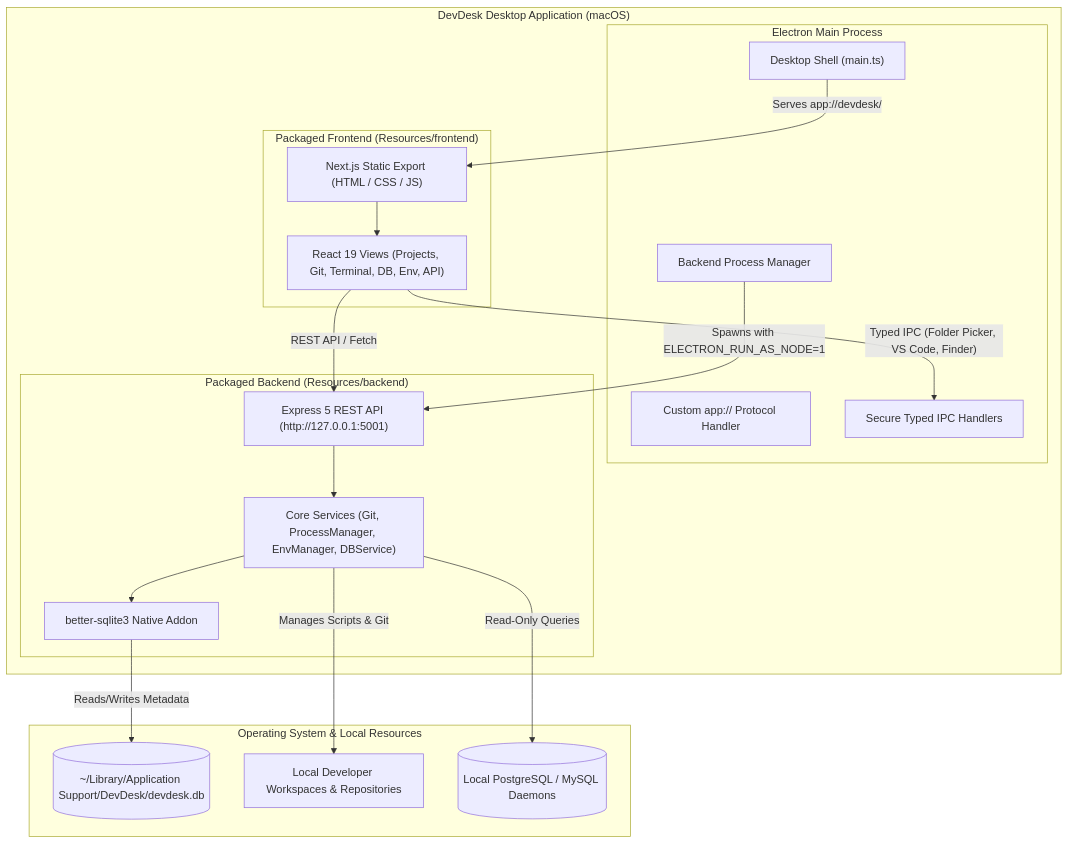
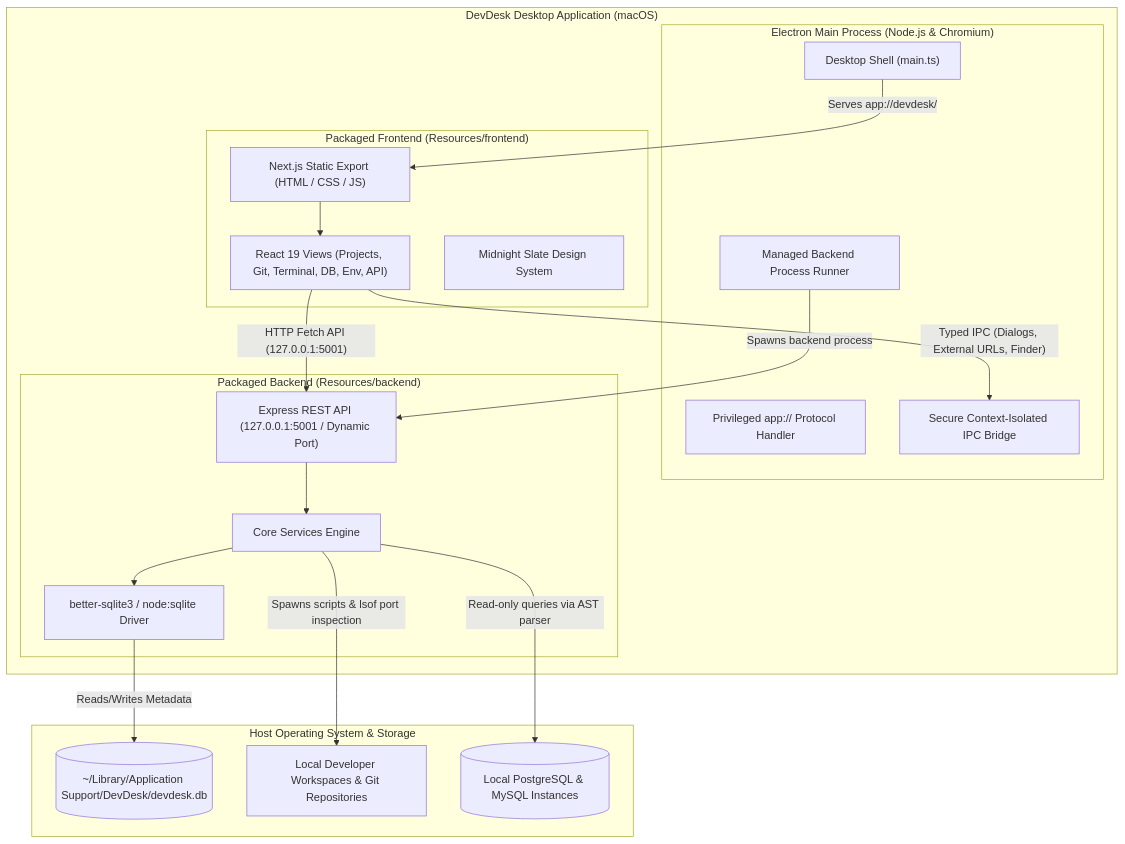
The diagram in README.md (MAYANKSHARMA01010/DevDesk), drawn with Mermaid before and after one commit. The commit also changed other lines of this file and 9 other files, not shown here.

````diff
--- a/README.md
+++ b/README.md
@@ -110,39 +124,40 @@
 ```mermaid
 flowchart TB
     subgraph DesktopApp ["DevDesk Desktop Application (macOS)"]
-        subgraph ElectronMain ["Electron Main Process"]
+        subgraph ElectronMain ["Electron Main Process (Node.js & Chromium)"]
             Shell["Desktop Shell (main.ts)"]
-            Protocol["Custom app:// Protocol Handler"]
-            IPC["Secure Typed IPC Handlers"]
-            Lifecycle["Backend Process Manager"]
+            Protocol["Privileged app:// Protocol Handler"]
+            IPC["Secure Context-Isolated IPC Bridge"]
+            Lifecycle["Managed Backend Process Runner"]
         end
 
         subgraph PackagedFrontend ["Packaged Frontend (Resources/frontend)"]
             StaticExport["Next.js Static Export (HTML / CSS / JS)"]
             UI["React 19 Views (Projects, Git, Terminal, DB, Env, API)"]
+            Theme["Midnight Slate Design System"]
         end
 
         subgraph PackagedBackend ["Packaged Backend (Resources/backend)"]
-            Express["Express 5 REST API (http://127.0.0.1:5001)"]
-            Services["Core Services (Git, ProcessManager, EnvManager, DBService)"]
-            SQLiteDriver["better-sqlite3 Native Addon"]
+            Express["Express REST API (127.0.0.1:5001 / Dynamic Port)"]
+            Services["Core Services Engine"]
+            SQLiteDriver["better-sqlite3 / node:sqlite Driver"]
         end
     end
 
-    subgraph OS ["Operating System & Local Resources"]
+    subgraph OS ["Host Operating System & Storage"]
         AppData[("~/Library/Application Support/DevDesk/devdesk.db")]
-        ProjectsDir["Local Developer Workspaces & Repositories"]
-        ExternalDB[("Local PostgreSQL / MySQL Daemons")]
+        ProjectsDir["Local Developer Workspaces & Git Repositories"]
+        ExternalDB[("Local PostgreSQL & MySQL Instances")]
     end
 
     Shell -->|"Serves app://devdesk/"| StaticExport
     StaticExport --> UI
-    UI -->|"Typed IPC (Folder Picker, VS Code, Finder)"| IPC
-    UI -->|"REST API / Fetch"| Express
-    Lifecycle -->|"Spawns with ELECTRON_RUN_AS_NODE=1"| Express
+    UI -->|"Typed IPC (Dialogs, External URLs, Finder)"| IPC
+    UI -->|"HTTP Fetch API (127.0.0.1:5001)"| Express
+    Lifecycle -->|"Spawns backend process"| Express
     Express --> Services
     Services --> SQLiteDriver
     SQLiteDriver -->|"Reads/Writes Metadata"| AppData
-    Services -->|"Manages Scripts & Git"| ProjectsDir
-    Services -->|"Read-Only Queries"| ExternalDB
+    Services -->|"Spawns scripts & lsof port inspection"| ProjectsDir
+    Services -->|"Read-only queries via AST parser"| ExternalDB
 ```
````
